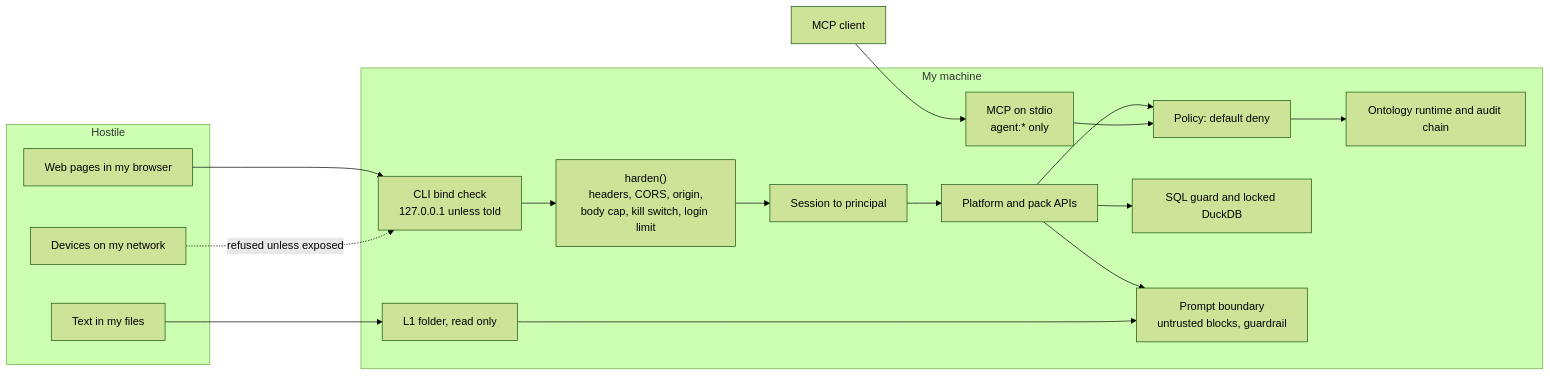
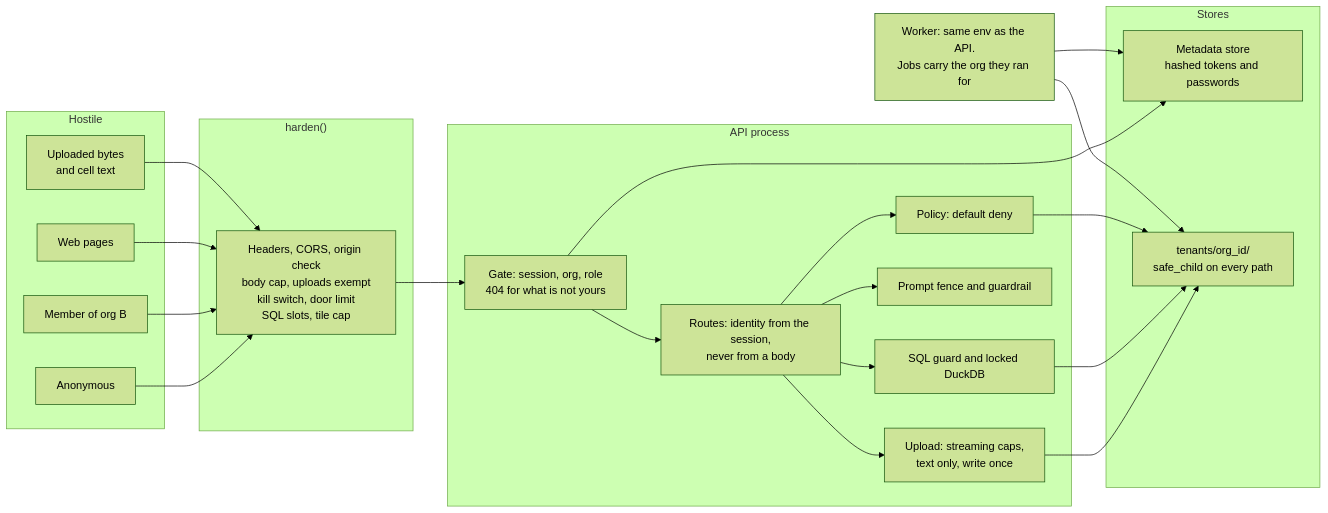
Before and after one commit to ShreyPatel4/ironwright: the diagram in docs/threat-model.md, drawn with Mermaid (forest theme). The commit also changed other lines of this file and 9 other files, not shown here.

Commit message:
Multi-tenant security pass: uploads past BodyCap, signup enumeration, identity, paths, SQL caps, threat model

````diff
--- a/docs/threat-model.md
+++ b/docs/threat-model.md
@@ -35,29 +40,40 @@
 ```mermaid
 flowchart LR
   subgraph hostile["Hostile"]
-    WEB["Web pages in my browser"]
-    LAN["Devices on my network"]
-    CELLS["Text in my files"]
+    ANON["Anonymous"]
+    OTHER["Member of org B"]
+    PAGE["Web pages"]
+    BYTES["Uploaded bytes<br/>and cell text"]
   end
-  subgraph local["My machine"]
-    CLI["CLI bind check<br/>127.0.0.1 unless told"]
-    MW["harden()<br/>headers, CORS, origin,<br/>body cap, kill switch, login limit"]
-    AUTH["Session to principal"]
-    API["Platform and pack APIs"]
-    MCP["MCP on stdio<br/>agent:* only"]
+  subgraph edge["harden()"]
+    MW["Headers, CORS, origin check<br/>body cap, uploads exempt<br/>kill switch, door limit<br/>SQL slots, tile cap"]
+  end
+  subgraph api["API process"]
+    GATE["Gate: session, org, role<br/>404 for what is not yours"]
+    ROUTES["Routes: identity from the session,<br/>never from a body"]
     POL["Policy: default deny"]
-    ONT["Ontology runtime and audit chain"]
     SQL["SQL guard and locked DuckDB"]
-    PROMPT["Prompt boundary<br/>untrusted blocks, guardrail"]
-    FILES["L1 folder, read only"]
+    PROMPT["Prompt fence and guardrail"]
+    INGEST["Upload: streaming caps,<br/>text only, write once"]
   end
-  CLIENT["MCP client"] --> MCP
-  WEB --> CLI
-  LAN -. "refused unless exposed" .-> CLI
-  CLI --> MW --> AUTH --> API
-  API --> POL --> ONT
-  MCP --> POL
-  API --> SQL
-  API --> PROMPT
-  CELLS --> FILES --> PROMPT
+  subgraph store["Stores"]
+    META["Metadata store<br/>hashed tokens and passwords"]
+    FILES["tenants/org_id/<br/>safe_child on every path"]
+  end
+  WORKER["Worker: same env as the API.<br/>Jobs carry the org they ran for"]
+  ANON --> MW
+  OTHER --> MW
+  PAGE --> MW
+  BYTES --> MW
+  MW --> GATE --> ROUTES
+  ROUTES --> POL
+  ROUTES --> SQL
+  ROUTES --> PROMPT
+  ROUTES --> INGEST
+  GATE --> META
+  INGEST --> FILES
+  SQL --> FILES
+  POL --> FILES
+  WORKER --> META
+  WORKER --> FILES
 ```
````
